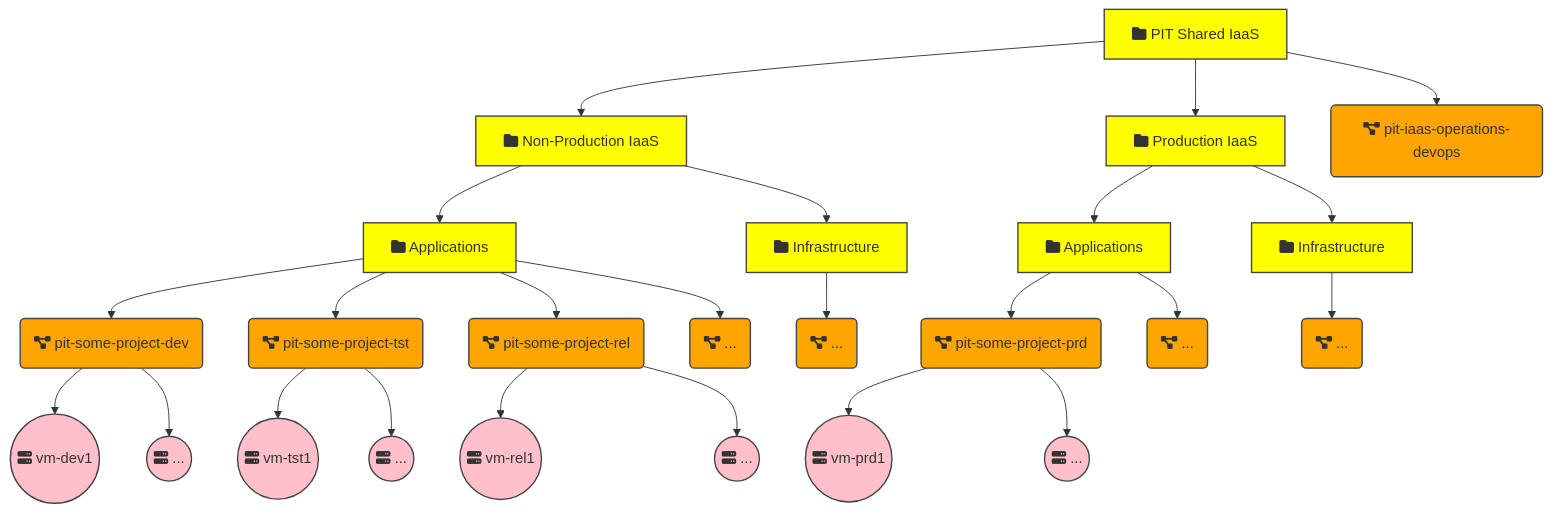
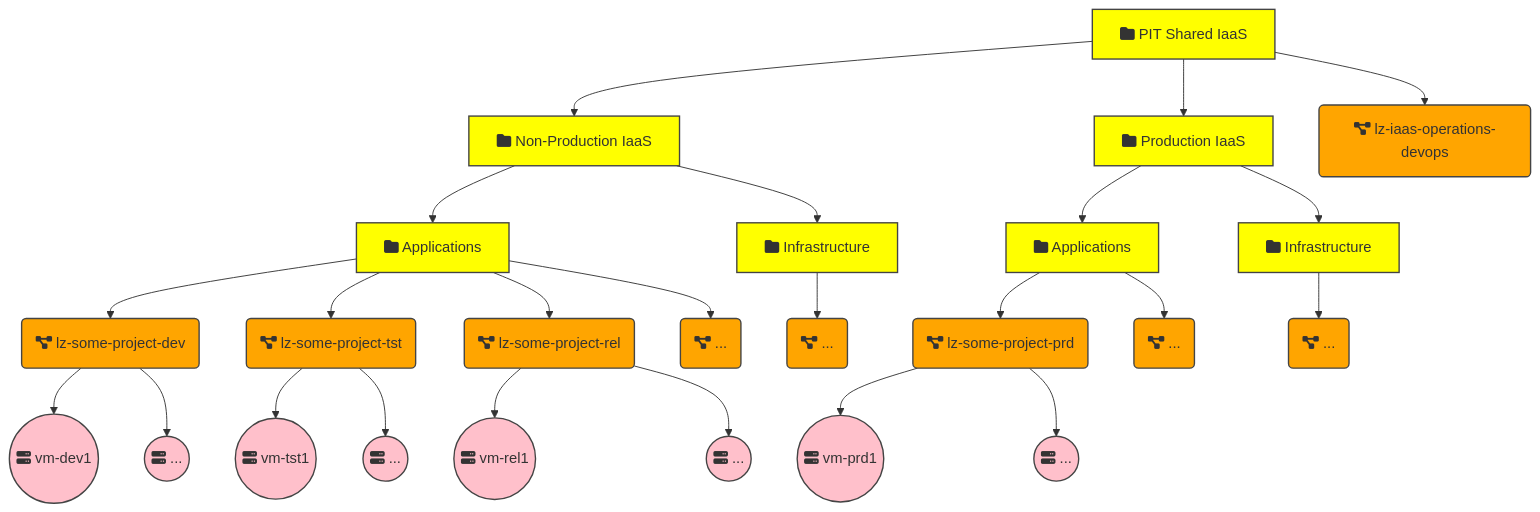
One commit to derailed-dash/demo-lz-docs changed the second of 4 diagrams in content/epam-lz/Decision Records/DR012-environment-structure.md. Above: the diagram before and after it, drawn with Mermaid. The commit also changed other lines of this file and 7 other files, not shown here.

```diff
--- a/content/epam-lz/Decision Records/DR012-environment-structure.md
+++ b/content/epam-lz/Decision Records/DR012-environment-structure.md
@@ -63,39 +63,39 @@
 {{<mermaid align="center">}}
 graph TD
 classDef folder fill:yellow,stroke:#444,stroke-width:1.5px
 classDef project fill:orange,stroke:#444,stroke-width:1.5px
 A[fa:fa-folder PIT Shared IaaS] --> B[fa:fa-folder Non-Production IaaS]
 A --> C[fa:fa-folder Production IaaS]
-A --> D(fa:fa-project-diagram pit-iaas-operations-devops)
+A --> D(fa:fa-project-diagram lz-iaas-operations-devops)
 B --> E[fa:fa-folder Applications]
 B --> F[fa:fa-folder Infrastructure]
 C --> G[fa:fa-folder Applications]
 C --> H[fa:fa-folder Infrastructure]
-E --> I(fa:fa-project-diagram pit-some-project-dev)
-E --> J(fa:fa-project-diagram pit-some-project-tst)
-E --> K(fa:fa-project-diagram pit-some-project-rel)
-G --> L(fa:fa-project-diagram pit-some-project-prd)
+E --> I(fa:fa-project-diagram lz-some-project-dev)
+E --> J(fa:fa-project-diagram lz-some-project-tst)
+E --> K(fa:fa-project-diagram lz-some-project-rel)
+G --> L(fa:fa-project-diagram lz-some-project-prd)
 I --> M((fa:fa-server vm-dev1))
 J --> N((fa:fa-server vm-tst1))
 K --> O((fa:fa-server vm-rel1))
 L --> P((fa:fa-server vm-prd1))
 F --> Q(fa:fa-project-diagram ...)
 H --> R(fa:fa-project-diagram ...)
 I --> S((fa:fa-server ...))
 J --> T((fa:fa-server ...))
 K --> U((fa:fa-server ...))
 L --> V((fa:fa-server ...))
 E --> W(fa:fa-project-diagram ...)
 G --> X(fa:fa-project-diagram ...)
 class A,B,C,E,F,G,H folder
 class D,I,J,K,L,Q,R,W,X project
 class M,N,O,P,S,T,U,V tes-resource
 style M fill:pink,stroke:#444,stroke-width:1.5px
 style N fill:pink,stroke:#444,stroke-width:1.5px
 style O fill:pink,stroke:#444,stroke-width:1.5px
 style P fill:pink,stroke:#444,stroke-width:1.5px
 style S fill:pink,stroke:#444,stroke-width:1.5px
 style T fill:pink,stroke:#444,stroke-width:1.5px
 style U fill:pink,stroke:#444,stroke-width:1.5px
 style V fill:pink,stroke:#444,stroke-width:1.5px
 {{< /mermaid >}}
```
